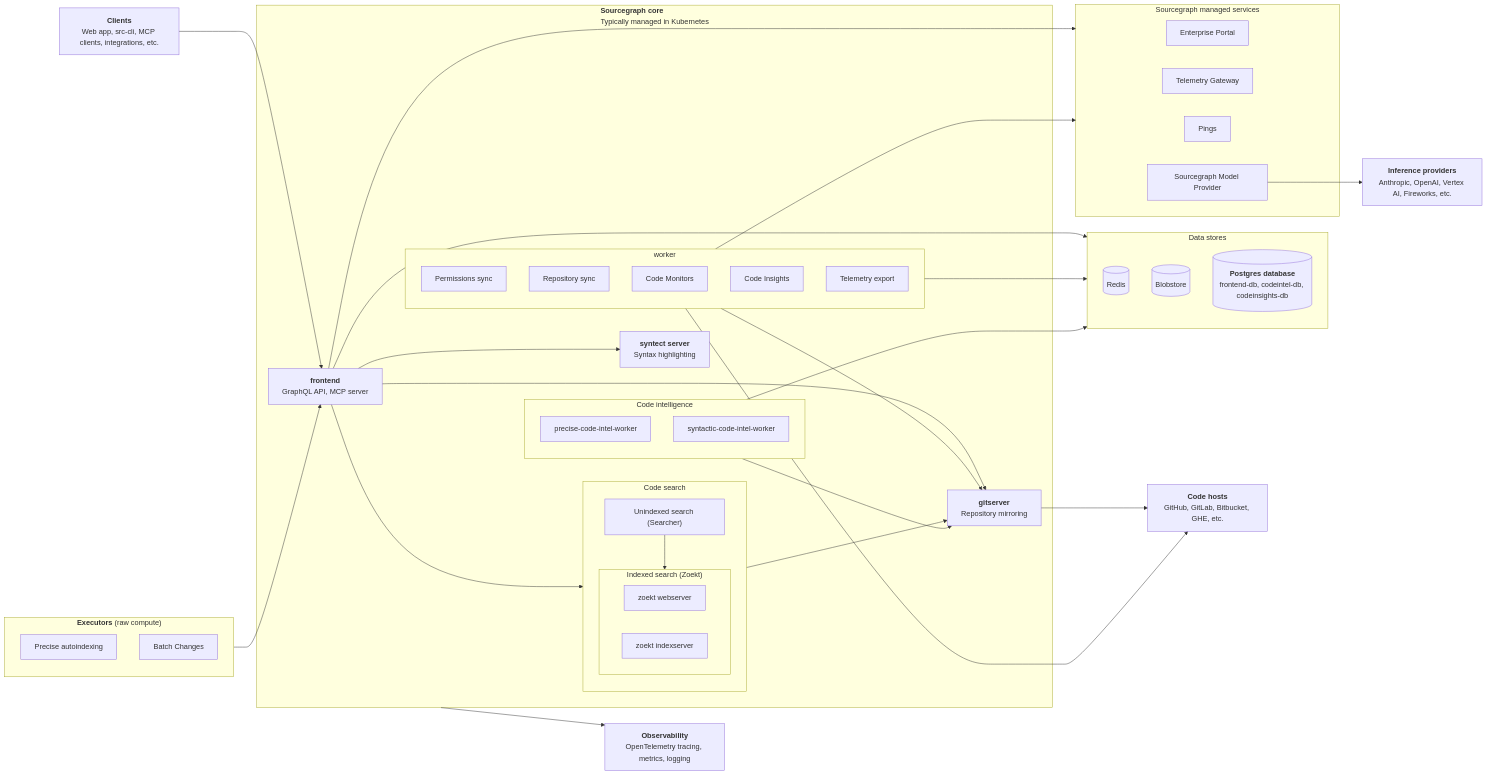
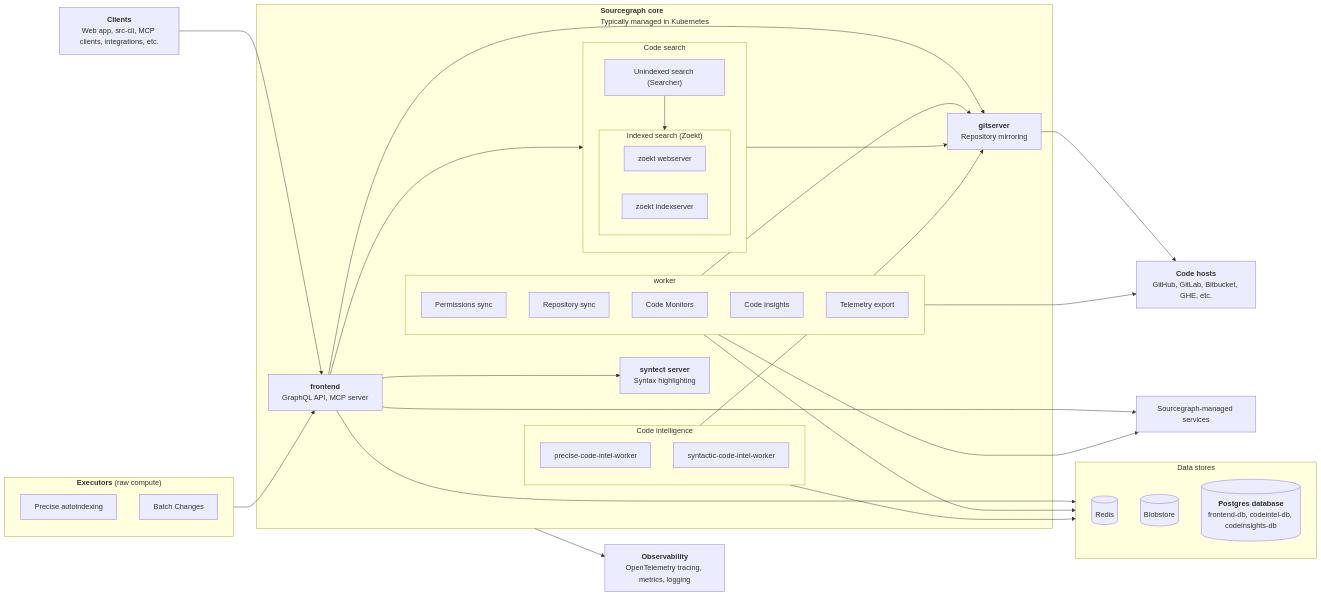
Before and after one commit to sourcegraph/docs: the first of 8 diagrams in docs/admin/architecture.mdx, drawn with Mermaid. The commit also changed other lines of this file, not shown here.

First line of the commit message:
docs: clarify managed-service connections in architecture diagrams

````diff
--- a/docs/admin/architecture.mdx
+++ b/docs/admin/architecture.mdx
@@ -77,18 +77,8 @@
     %% External dependencies (right side)
     CodeHosts["<b>Code hosts</b><br/>GitHub, GitLab, Bitbucket, GHE, etc."]
 
-	subgraph ManagedServices["Sourcegraph&nbsp;managed&nbsp;services"]
-		EnterprisePortal["Enterprise Portal"]
-        click EnterprisePortal "#enterprise-portal"
-		TelemetryGateway["Telemetry Gateway"]
-        click TelemetryGateway "#analytics-and-telemetry"
-		Pings["Pings"]
-        click Pings "#analytics-and-telemetry"
-		ModelProvider["Sourcegraph Model Provider"]
-        click ModelProvider "#model-provider"
-	end
-
-    InferenceProviders["<b>Inference providers</b><br />Anthropic, OpenAI, Vertex AI, Fireworks, etc."]
+    ManagedServices["Sourcegraph-managed services"]
+    click ManagedServices "#connections-to-sourcegraph-managed-services"
 
     Observability["<b>Observability</b><br />OpenTelemetry tracing, metrics, logging"]
     click Observability "#observability"
@@ -116,6 +106,4 @@
     CodeIntel ---> Storage
 
     Gitserver --> CodeHosts
-
-	ModelProvider --> InferenceProviders
 ```
````
